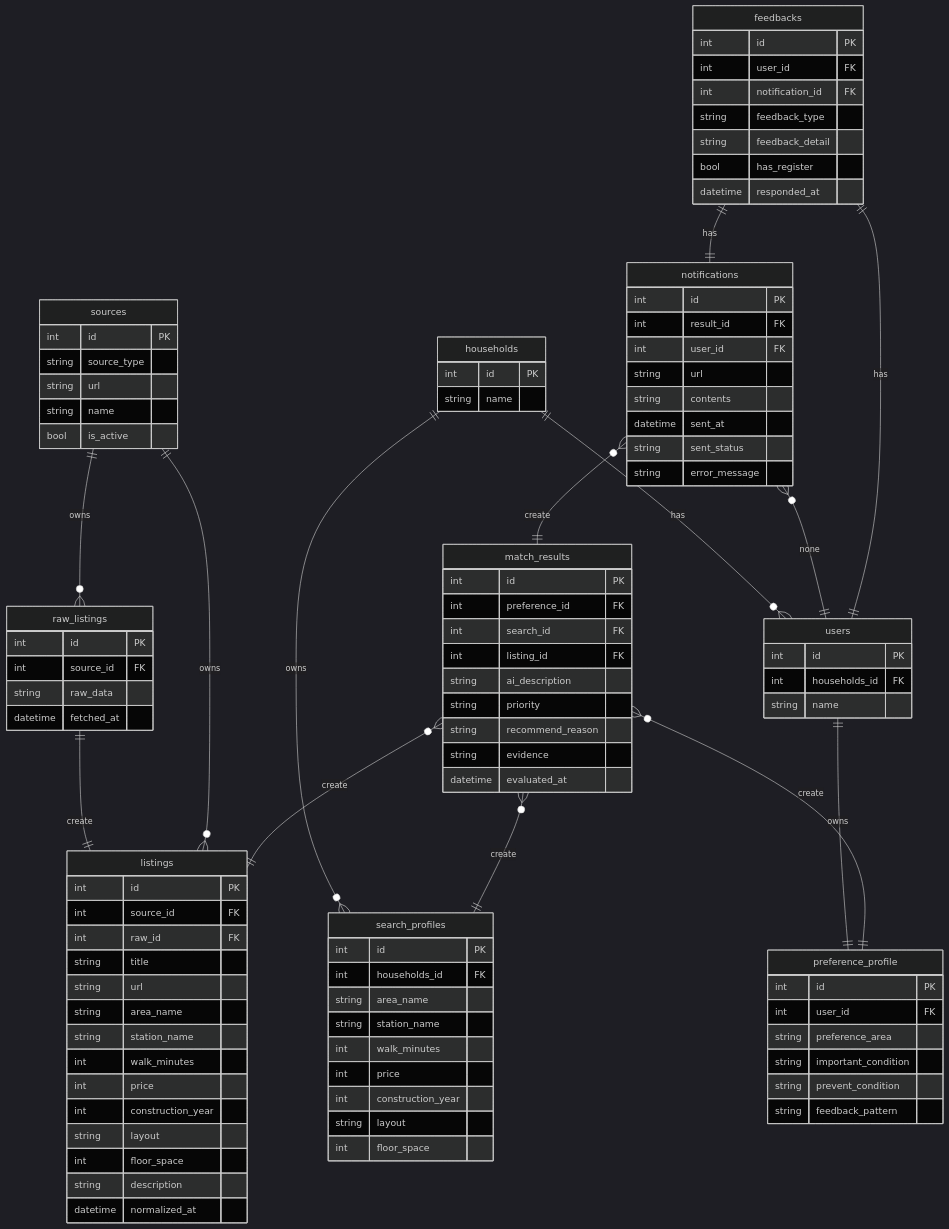
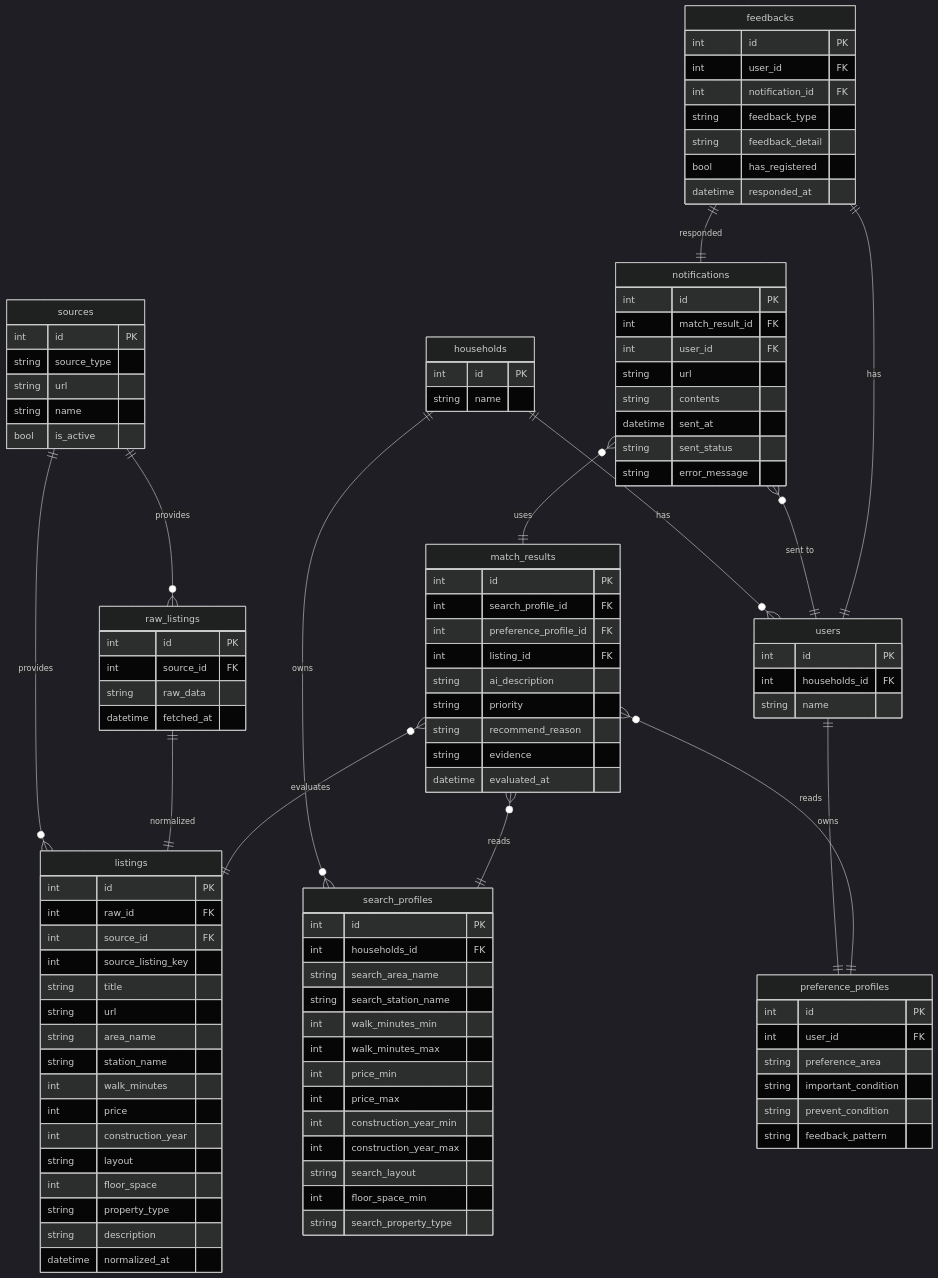
Before and after one commit to Ryota-Matsuda/HouseParchaseConcergeBot: the diagram in docs/data-model.md, drawn with Mermaid (dark theme). The commit also changed other lines of this file, not shown here.

```diff
--- a/docs/data-model.md
+++ b/docs/data-model.md
@@ -80,16 +80,16 @@
 erDiagram
     households ||--o{users : "has"
     households ||--o{search_profiles : "owns"
-    users ||--||preference_profile : "owns"
-    sources ||--o{raw_listings : "owns" 
-    raw_listings ||--||listings : "create"
-    sources ||--o{listings : "owns"
-    match_results }o--||listings : "create" 
-    match_results }o--||search_profiles : "create"
-    match_results }o--||preference_profile : "create"
-    notifications }o--||match_results : "create"
-    notifications }o--||users : "none"
-    feedbacks ||--||notifications : "has"
+    users ||--||preference_profiles : "owns"
+    sources ||--o{raw_listings : "provides" 
+    sources ||--o{listings : "provides" 
+    raw_listings ||--||listings : "normalized"
+    match_results }o--||listings : "evaluates" 
+    match_results }o--||search_profiles : "reads"
+    match_results }o--||preference_profiles : "reads"
+    notifications }o--||match_results : "uses"
+    notifications }o--||users : "sent to"
+    feedbacks ||--||notifications : "responded"
     feedbacks ||--||users : "has"
 
 
@@ -107,16 +107,20 @@
     search_profiles{
         int id PK
         int households_id FK
-        string area_name
-        string station_name
-        int walk_minutes
-        int price
-        int construction_year
-        string layout
-        int floor_space
+        string search_area_name
+        string search_station_name
+        int walk_minutes_min
+        int walk_minutes_max
+        int price_min
+        int price_max
+        int construction_year_min
+        int construction_year_max
+        string search_layout
+        int floor_space_min
+        string search_property_type
     }
 
-    preference_profile{
+    preference_profiles{
         int id PK
         int user_id FK
         string preference_area
@@ -142,8 +146,9 @@
 
     listings{
         int id PK
+        int raw_id FK
         int source_id FK
-        int raw_id FK
+        int source_listing_key
         string title
         string url
         string area_name
@@ -153,14 +158,15 @@
         int construction_year
         string layout
         int floor_space
+        string property_type
         string description
         datetime normalized_at
     }
 
     match_results{
         int id PK
-        int preference_id FK
-        int search_id FK
+        int search_profile_id FK
+        int preference_profile_id FK
         int listing_id FK
         string ai_description
         string priority
@@ -171,7 +177,7 @@
 
     notifications{
         int id PK
-        int result_id FK
+        int match_result_id FK
         int user_id FK
         string url
         string contents
@@ -186,7 +192,7 @@
         int notification_id FK
         string feedback_type
         string feedback_detail
-        bool has_register
+        bool has_registered
         datetime responded_at
     }
 
```
